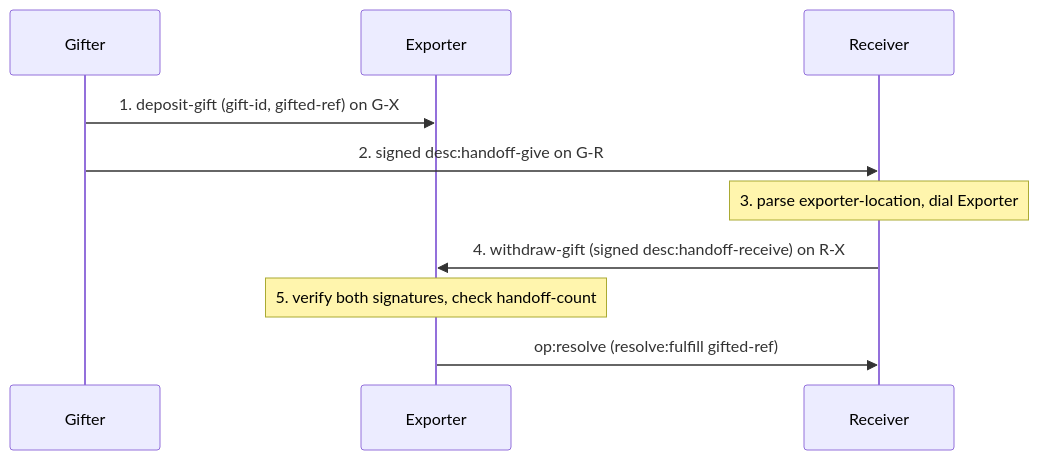
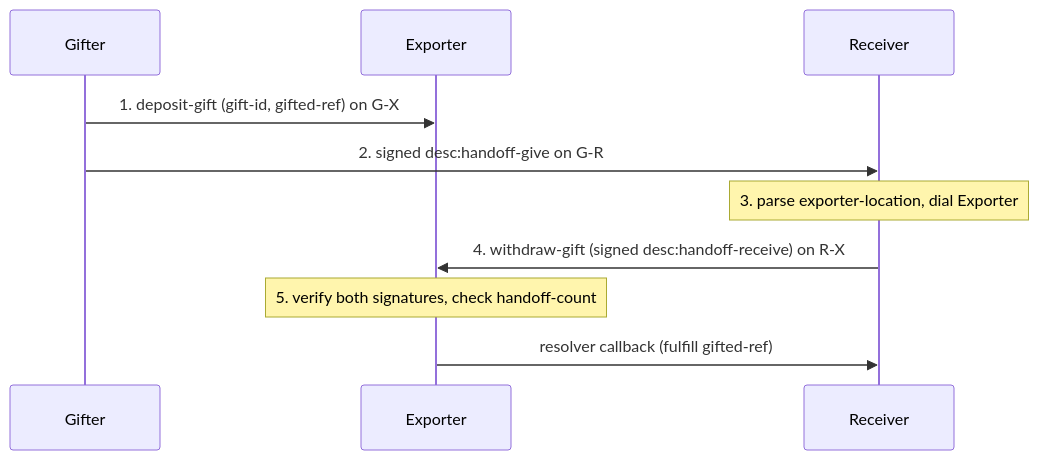
One commit to glowcap-org/glowcap changed the second of 8 diagrams in docs/protocol-diagrams/06-handoffs.md. Above: the diagram before and after it, drawn with Mermaid. The commit also changed other lines of this file and 920 other files, not shown here.

````diff
--- a/docs/protocol-diagrams/06-handoffs.md
+++ b/docs/protocol-diagrams/06-handoffs.md
@@ -29,12 +28,12 @@
 ```mermaid
 sequenceDiagram
     participant G as Gifter
     participant X as Exporter
     participant R as Receiver
     G->>X: 1. deposit-gift (gift-id, gifted-ref) on G-X
     G->>R: 2. signed desc:handoff-give on G-R
     Note over R: 3. parse exporter-location, dial Exporter
     R->>X: 4. withdraw-gift (signed desc:handoff-receive) on R-X
     Note over X: 5. verify both signatures, check handoff-count
-    X->>R: op:resolve (resolve:fulfill gifted-ref)
+    X->>R: resolver callback (fulfill gifted-ref)
 ```
````
